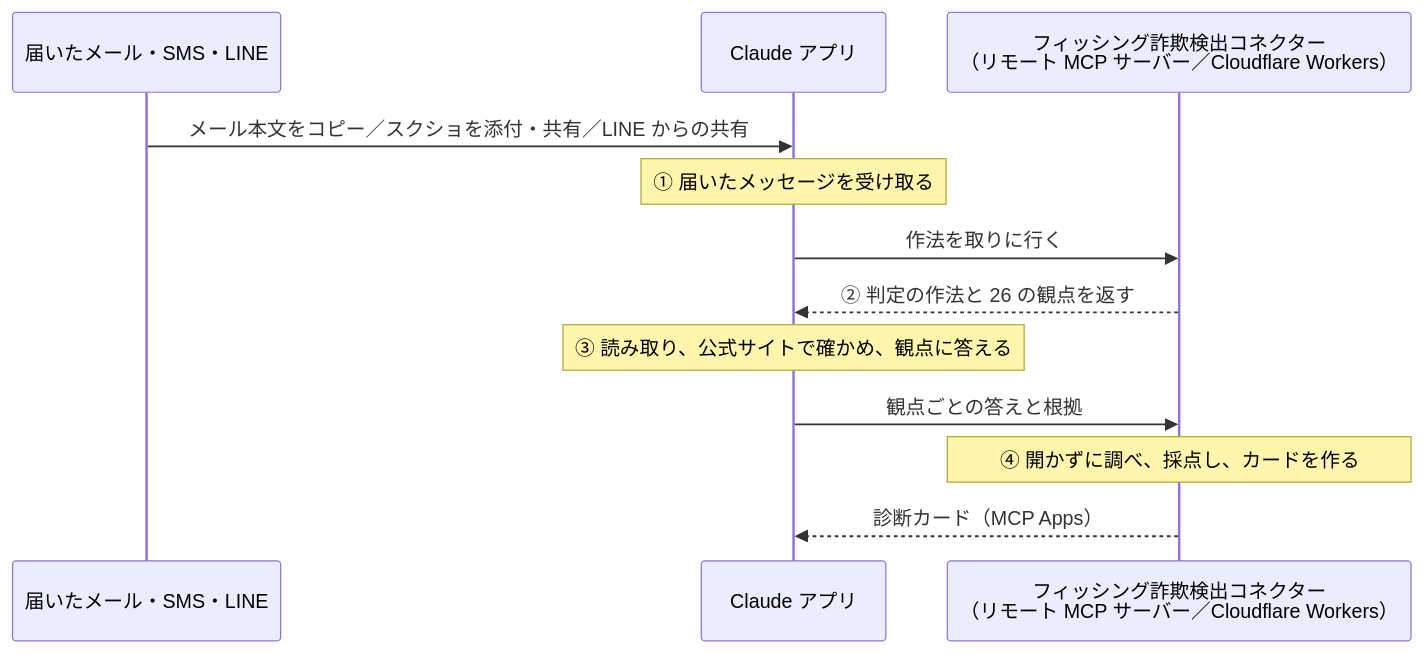
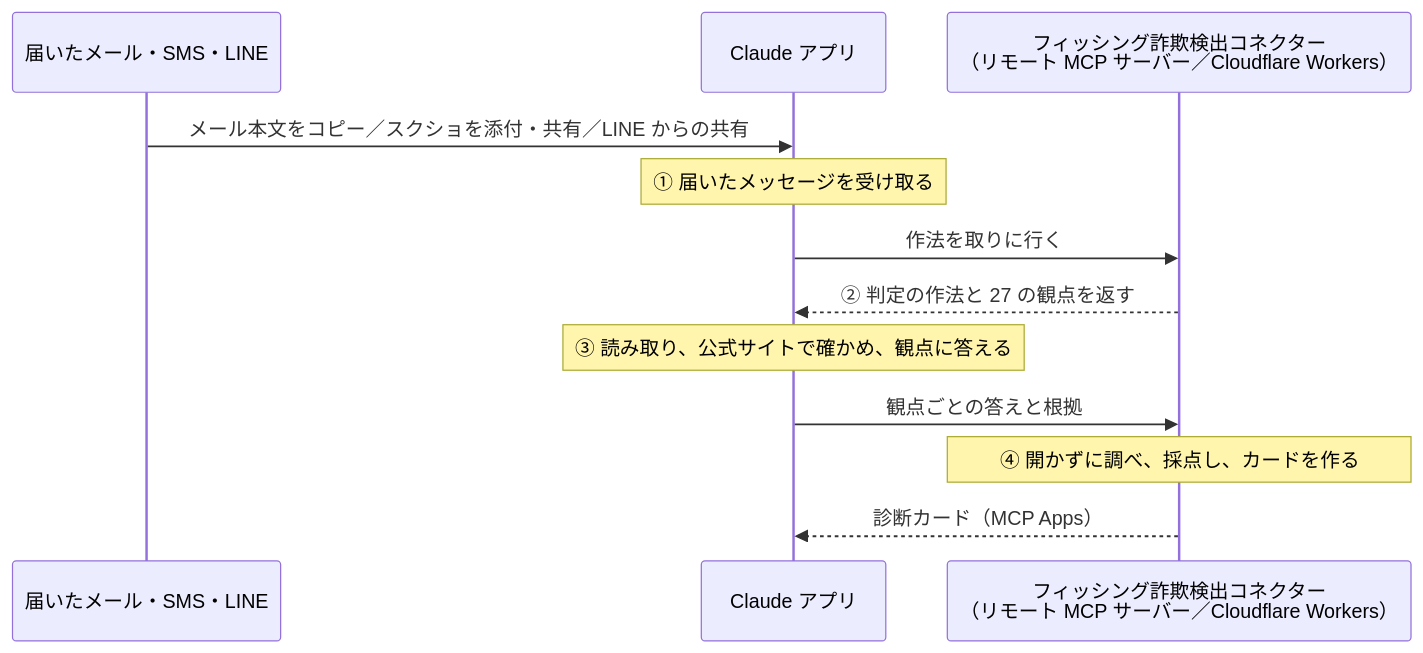
One commit to ConoHa0708/bwc-japan-2026 changed the diagram in README.md. Above: the diagram before and after it, drawn with Mermaid. The commit also changed other lines of this file and 6 other files, not shown here.

````diff
--- a/README.md
+++ b/README.md
@@ -54,14 +54,14 @@
 ```mermaid
 sequenceDiagram
     participant U as 届いたメール・SMS・LINE
     participant C as Claude アプリ
     participant X as フィッシング詐欺検出コネクター<br/>（リモート MCP サーバー／Cloudflare Workers）
     U->>C: メール本文をコピー／スクショを添付・共有／LINE からの共有
     Note over C: ① 届いたメッセージを受け取る
     C->>X: 作法を取りに行く
-    X-->>C: ② 判定の作法と 26 の観点を返す
+    X-->>C: ② 判定の作法と 27 の観点を返す
     Note over C: ③ 読み取り、公式サイトで確かめ、観点に答える
     C->>X: 観点ごとの答えと根拠
     Note over X: ④ 開かずに調べ、採点し、カードを作る
     X-->>C: 診断カード（MCP Apps）
 ```
````
